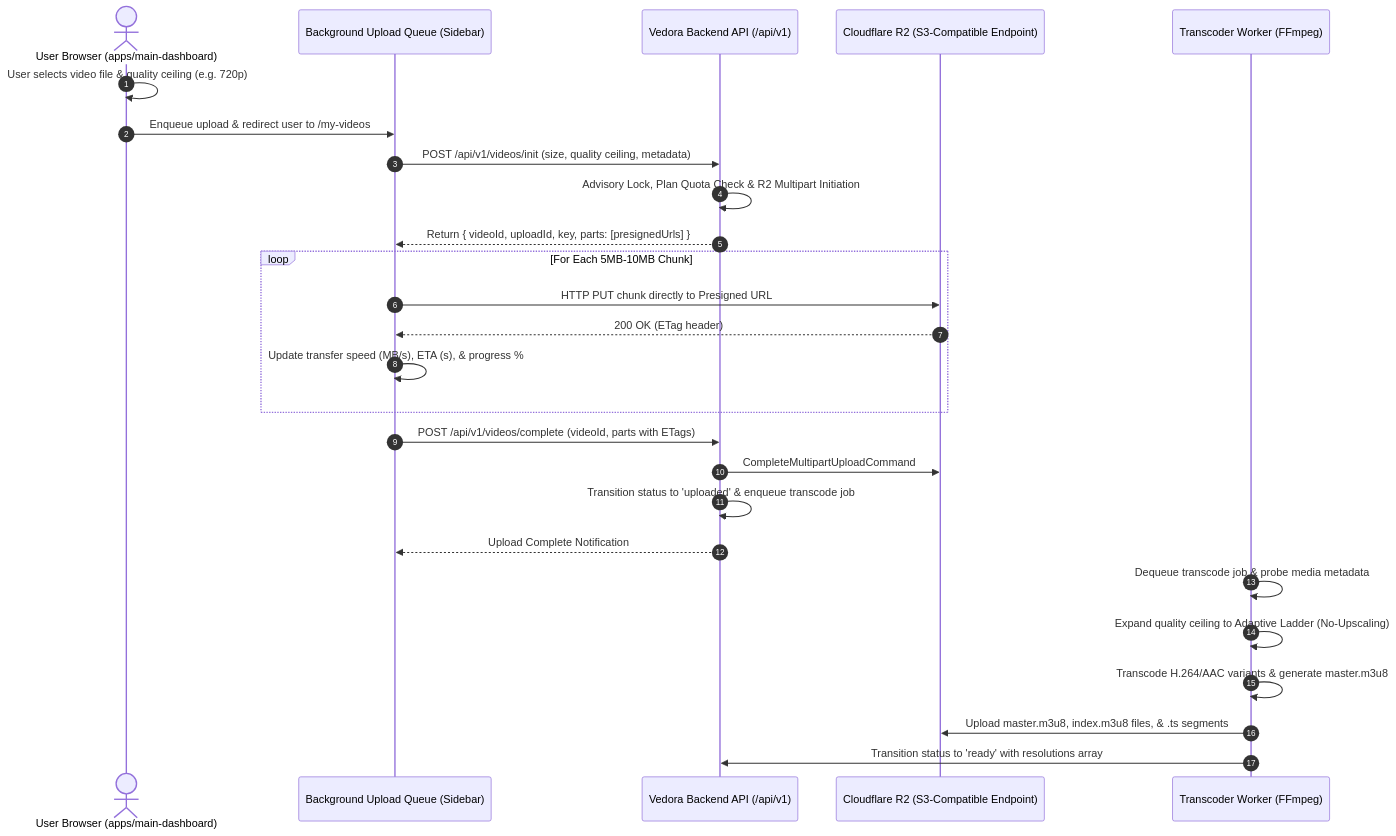
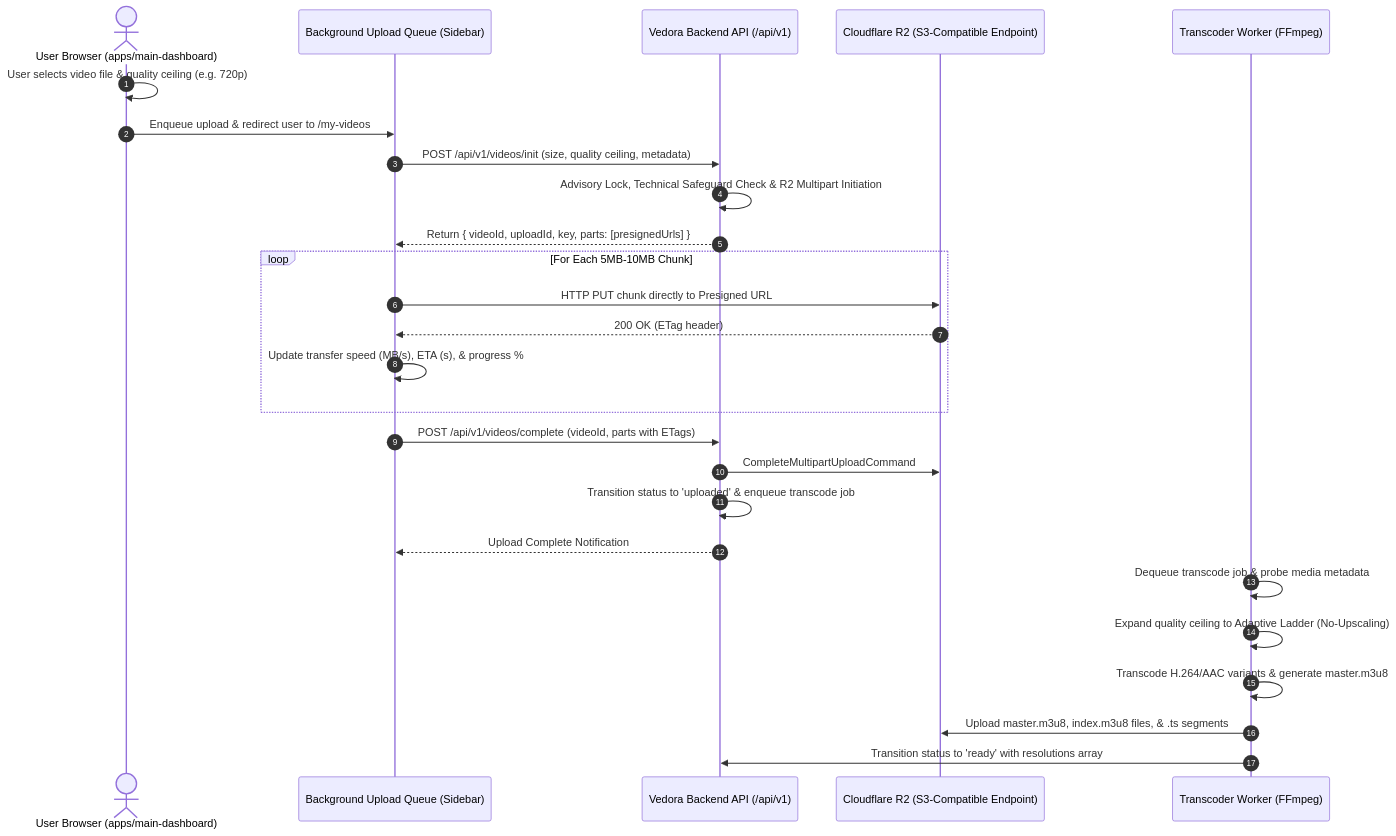
The sixth of 6 diagrams in docs/ARCHITECTURE_AND_SYSTEM_DESIGN.md (KartikaySingh0211/vedora), drawn with Mermaid before and after one commit. The commit also changed other lines of this file and 94 other files, not shown here.

````diff
--- a/docs/ARCHITECTURE_AND_SYSTEM_DESIGN.md
+++ b/docs/ARCHITECTURE_AND_SYSTEM_DESIGN.md
@@ -245,32 +245,32 @@
 ```mermaid
 sequenceDiagram
     autonumber
     actor Browser as User Browser (apps/main-dashboard)
     participant Queue as Background Upload Queue (Sidebar)
     participant API as Vedora Backend API (/api/v1)
     participant R2 as Cloudflare R2 (S3-Compatible Endpoint)
     participant Worker as Transcoder Worker (FFmpeg)
 
     Browser->>Browser: User selects video file & quality ceiling (e.g. 720p)
     Browser->>Queue: Enqueue upload & redirect user to /my-videos
     Queue->>API: POST /api/v1/videos/init (size, quality ceiling, metadata)
-    API->>API: Advisory Lock, Plan Quota Check & R2 Multipart Initiation
+    API->>API: Advisory Lock, Technical Safeguard Check & R2 Multipart Initiation
     API-->>Queue: Return { videoId, uploadId, key, parts: [presignedUrls] }
 
     loop For Each 5MB-10MB Chunk
         Queue->>R2: HTTP PUT chunk directly to Presigned URL
         R2-->>Queue: 200 OK (ETag header)
         Queue->>Queue: Update transfer speed (MB/s), ETA (s), & progress %
     end
 
     Queue->>API: POST /api/v1/videos/complete (videoId, parts with ETags)
     API->>R2: CompleteMultipartUploadCommand
     API->>API: Transition status to 'uploaded' & enqueue transcode job
     API-->>Queue: Upload Complete Notification
 
     Worker->>Worker: Dequeue transcode job & probe media metadata
     Worker->>Worker: Expand quality ceiling to Adaptive Ladder (No-Upscaling)
     Worker->>Worker: Transcode H.264/AAC variants & generate master.m3u8
     Worker->>R2: Upload master.m3u8, index.m3u8 files, & .ts segments
     Worker->>API: Transition status to 'ready' with resolutions array
 ```
````
